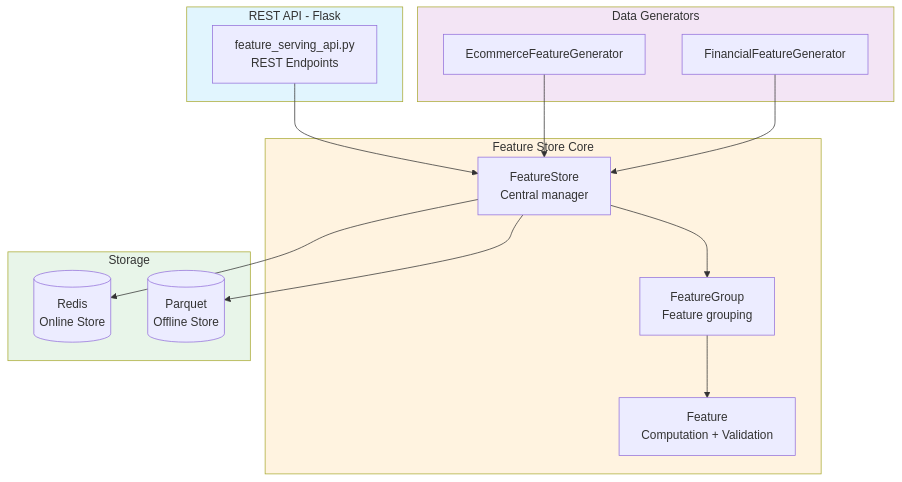
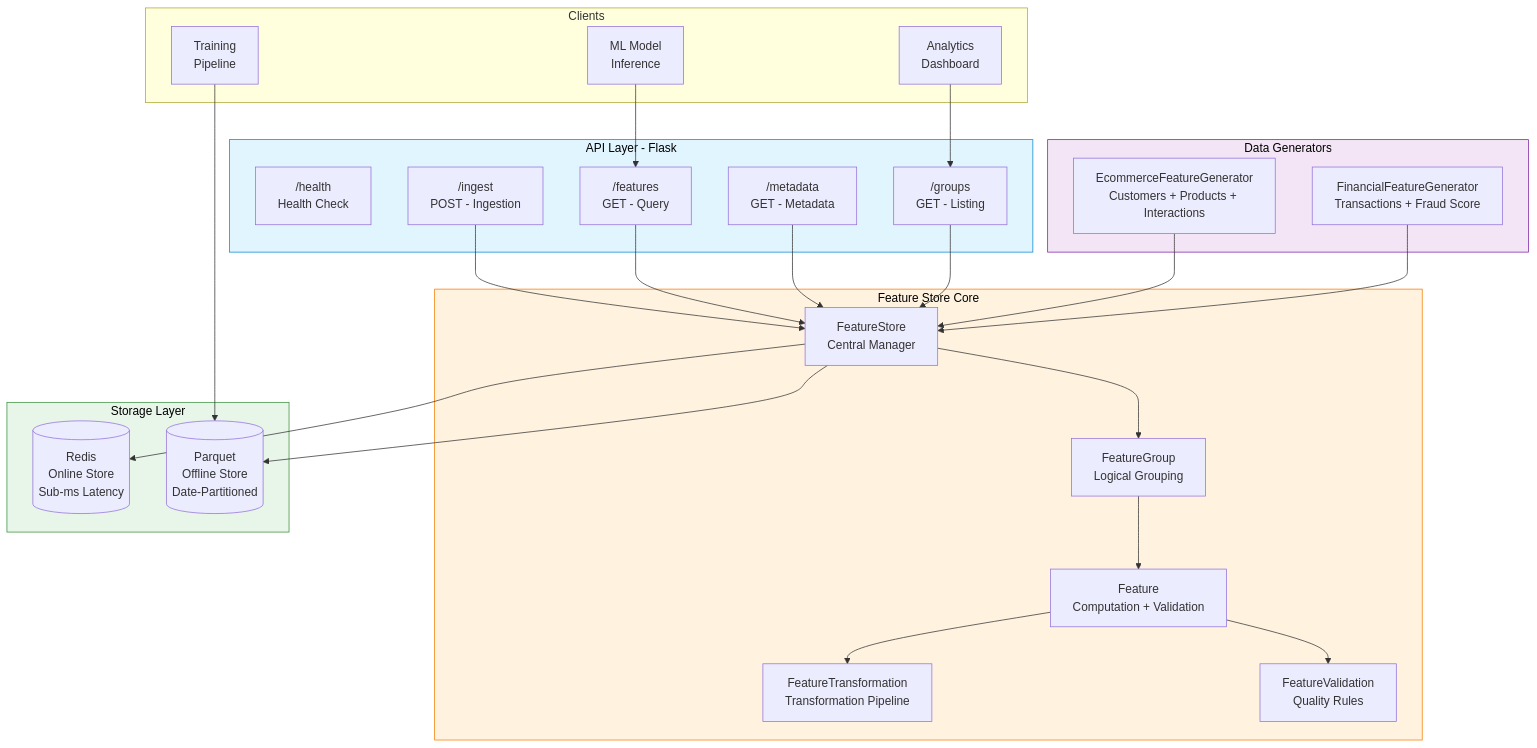
One commit to galafis/feature-store-architecture changed the third of 4 diagrams in README.md. Above: the diagram before and after it, drawn with Mermaid. The commit also changed other lines of this file and 3 other files, not shown here.

````diff
--- a/README.md
+++ b/README.md
@@ -140,35 +284,54 @@
 ```mermaid
-graph TB
-    subgraph API["REST API - Flask"]
-        SERVE[feature_serving_api.py<br/>REST Endpoints]
+graph TD
+    subgraph Clients["Clients"]
+        ML["ML Model<br/>Inference"]
+        TRAIN["Training<br/>Pipeline"]
+        DASH["Analytics<br/>Dashboard"]
+    end
+
+    subgraph API["API Layer - Flask"]
+        style API fill:#e1f5fe,stroke:#0288d1,color:#000
+        HEALTH["/health<br/>Health Check"]
+        INGEST["/ingest<br/>POST - Ingestion"]
+        QUERY["/features<br/>GET - Query"]
+        META["/metadata<br/>GET - Metadata"]
+        GROUPS["/groups<br/>GET - Listing"]
     end
 
     subgraph Core["Feature Store Core"]
-        FS[FeatureStore<br/>Central manager]
-        FG[FeatureGroup<br/>Feature grouping]
-        FT[Feature<br/>Computation + Validation]
+        style Core fill:#fff3e0,stroke:#f57c00,color:#000
+        FS["FeatureStore<br/>Central Manager"]
+        FG["FeatureGroup<br/>Logical Grouping"]
+        FEAT["Feature<br/>Computation + Validation"]
+        TRANS["FeatureTransformation<br/>Transformation Pipeline"]
+        VALID["FeatureValidation<br/>Quality Rules"]
     end
 
-    subgraph Storage["Storage"]
-        REDIS[(Redis<br/>Online Store)]
-        PARQUET[(Parquet<br/>Offline Store)]
+    subgraph Storage["Storage Layer"]
+        style Storage fill:#e8f5e9,stroke:#388e3c,color:#000
+        REDIS[("Redis<br/>Online Store<br/>Sub-ms Latency")]
+        PARQUET[("Parquet<br/>Offline Store<br/>Date-Partitioned")]
     end
 
-    subgraph Examples["Data Generators"]
-        ECOM[EcommerceFeatureGenerator]
-        FIN[FinancialFeatureGenerator]
+    subgraph Generators["Data Generators"]
+        style Generators fill:#f3e5f5,stroke:#7b1fa2,color:#000
+        ECOM["EcommerceFeatureGenerator<br/>Customers + Products + Interactions"]
+        FIN["FinancialFeatureGenerator<br/>Transactions + Fraud Score"]
     end
 
-    SERVE --> FS
+    ML --> QUERY
+    TRAIN --> PARQUET
+    DASH --> GROUPS
+    INGEST --> FS
+    QUERY --> FS
+    META --> FS
+    GROUPS --> FS
     FS --> FG
-    FG --> FT
+    FG --> FEAT
+    FEAT --> TRANS
+    FEAT --> VALID
     FS --> REDIS
     FS --> PARQUET
     ECOM --> FS
     FIN --> FS
-
-    style API fill:#e1f5fe
-    style Core fill:#fff3e0
-    style Storage fill:#e8f5e9
-    style Examples fill:#f3e5f5
 ```
````
